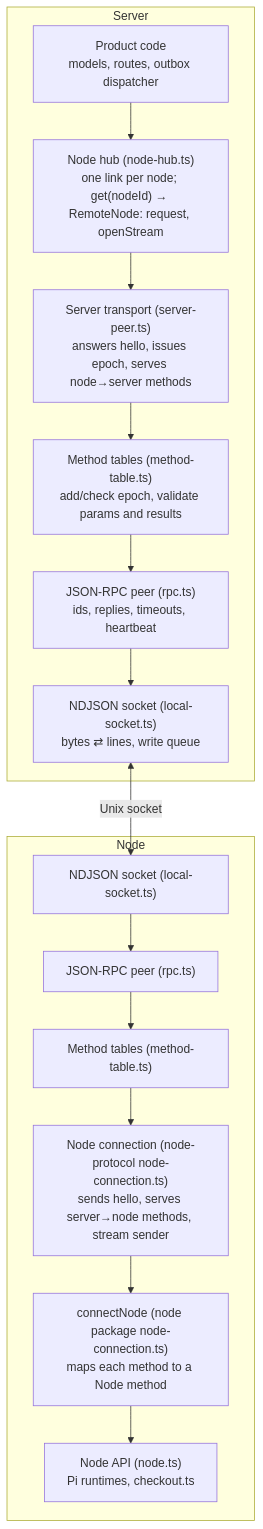
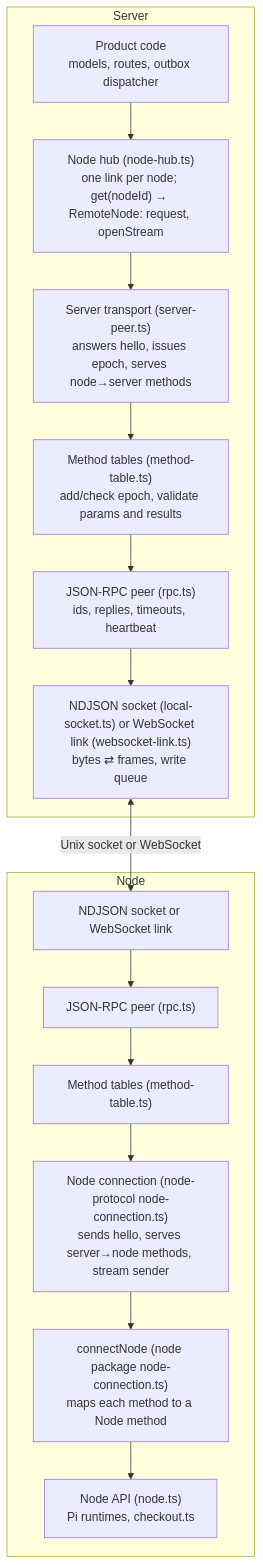
The second of 9 diagrams in docs/dev/node-transport.md (willtcarey/reins), drawn with Mermaid before and after one commit. The commit also changed other lines of this file and 32 other files, not shown here.

Commit message:
Remote transport: JSON-RPC over WebSocket at /node-link, origin from the upgrade request (ADR-024), a 16 MiB frame cap with prompts bounded to it, and reins node run

````diff
--- a/docs/dev/node-transport.md
+++ b/docs/dev/node-transport.md
@@ -69,22 +73,22 @@
 ```mermaid
 graph TB
     subgraph "Server"
         S5["Product code<br/>models, routes, outbox dispatcher"]
         S4["Node hub (node-hub.ts)<br/>one link per node; get(nodeId) → RemoteNode: request, openStream"]
         S3["Server transport (server-peer.ts)<br/>answers hello, issues epoch, serves node→server methods"]
         S2["Method tables (method-table.ts)<br/>add/check epoch, validate params and results"]
         S1["JSON-RPC peer (rpc.ts)<br/>ids, replies, timeouts, heartbeat"]
-        S0["NDJSON socket (local-socket.ts)<br/>bytes ⇄ lines, write queue"]
+        S0["NDJSON socket (local-socket.ts) or WebSocket link (websocket-link.ts)<br/>bytes ⇄ frames, write queue"]
         S5 --> S4 --> S3 --> S2 --> S1 --> S0
     end
     subgraph "Node"
-        N0["NDJSON socket (local-socket.ts)"]
+        N0["NDJSON socket or WebSocket link"]
         N1["JSON-RPC peer (rpc.ts)"]
         N2["Method tables (method-table.ts)"]
         N3["Node connection (node-protocol node-connection.ts)<br/>sends hello, serves server→node methods, stream sender"]
         N4["connectNode (node package node-connection.ts)<br/>maps each method to a Node method"]
         N5["Node API (node.ts)<br/>Pi runtimes, checkout.ts"]
         N0 --> N1 --> N2 --> N3 --> N4 --> N5
     end
-    S0 <-->|Unix socket| N0
+    S0 <-->|Unix socket or WebSocket| N0
 ```
````
